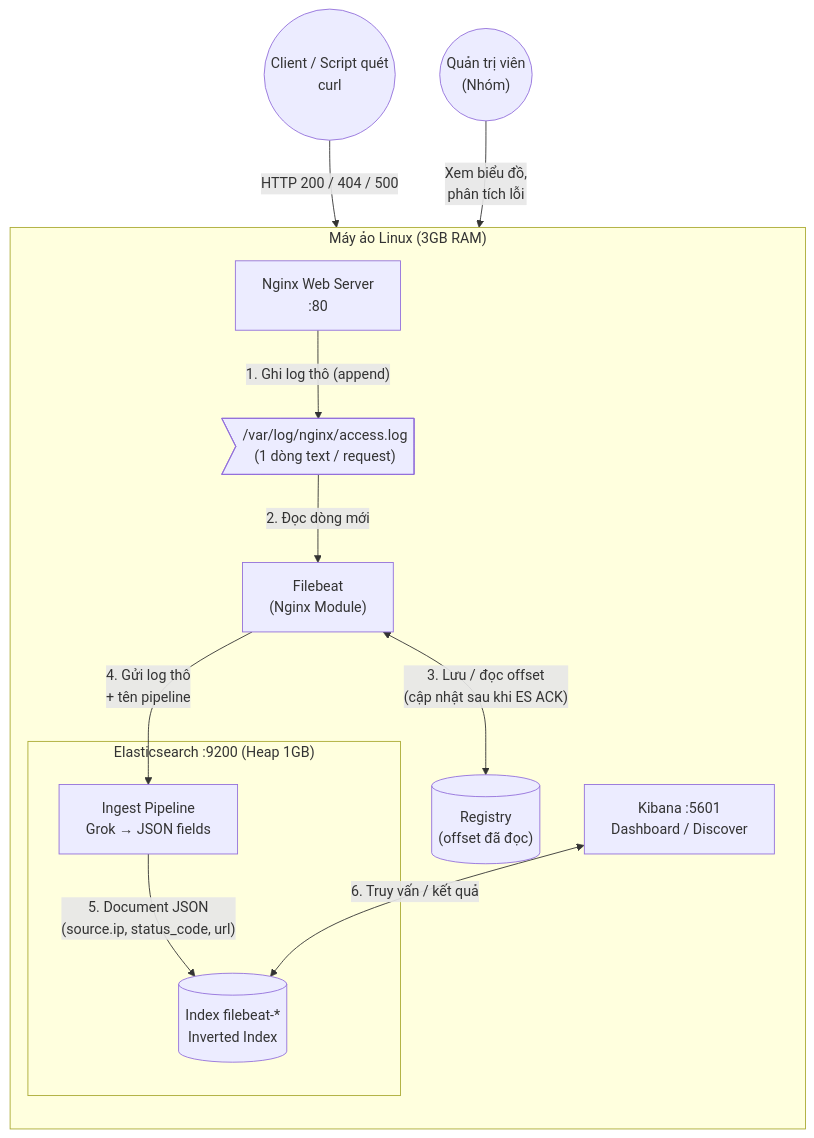
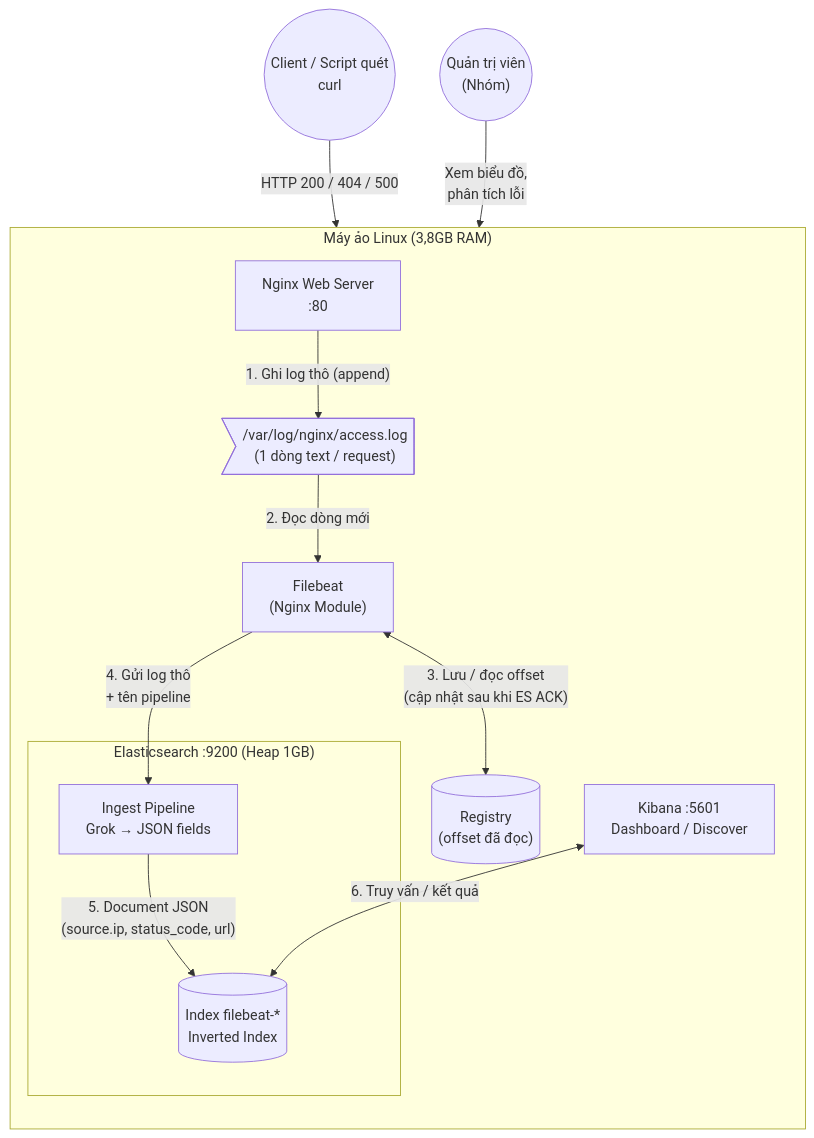
Before and after one commit to gowsec/ELK_Stack: the diagram in README.md, drawn with Mermaid.

Commit message:
chore: README.md

````diff
--- a/README.md
+++ b/README.md
@@ -11,31 +11,31 @@
 ```mermaid
 graph TD
     User(("Client / Script quét<br/>curl"))
     Admin(("Quản trị viên<br/>(Nhóm)"))
 
-    subgraph VM ["Máy ảo Linux (3GB RAM)"]
+    subgraph VM ["Máy ảo Linux (3,8GB RAM)"]
         direction TB
 
         Nginx[" Nginx Web Server<br/>:80"]
         LogFile>"/var/log/nginx/access.log<br/>(1 dòng text / request)"]
         Filebeat[" Filebeat<br/>(Nginx Module)"]
         Registry[("Registry<br/>(offset đã đọc)")]
 
         subgraph ES [" Elasticsearch :9200 (Heap 1GB)"]
             Ingest[" Ingest Pipeline<br/>Grok → JSON fields"]
             Index[("Index filebeat-*<br/>Inverted Index")]
         end
 
         Kibana[" Kibana :5601<br/>Dashboard / Discover"]
 
         Nginx -- "1. Ghi log thô (append)" --> LogFile
         LogFile -- "2. Đọc dòng mới" --> Filebeat
         Filebeat <-- "3. Lưu / đọc offset<br/>(cập nhật sau khi ES ACK)" --> Registry
         Filebeat -- "4. Gửi log thô<br/>+ tên pipeline" --> Ingest
         Ingest -- "5. Document JSON<br/>(source.ip, status_code, url)" --> Index
         Kibana <-- "6. Truy vấn / kết quả" --> Index
     end
 
     User -- "HTTP 200 / 404 / 500" --> Nginx
     Admin -- "Xem biểu đồ,<br/>phân tích lỗi" --> Kibana
 ```
````
